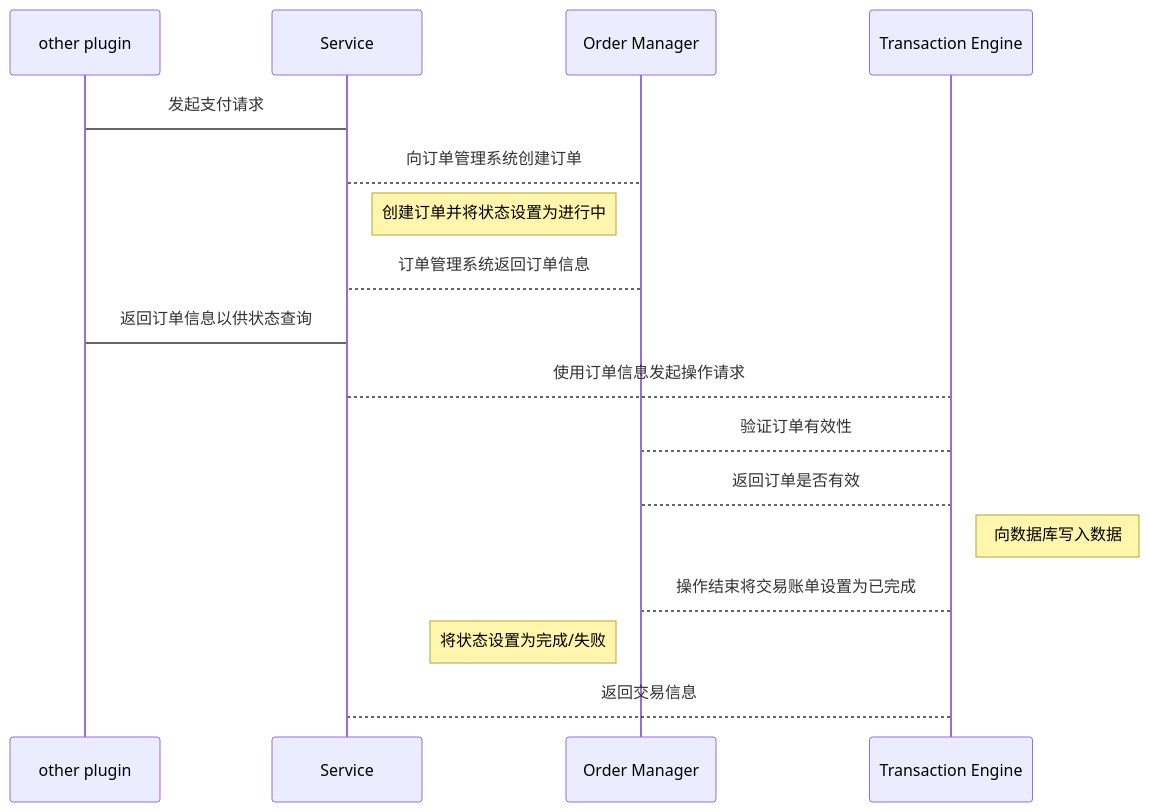
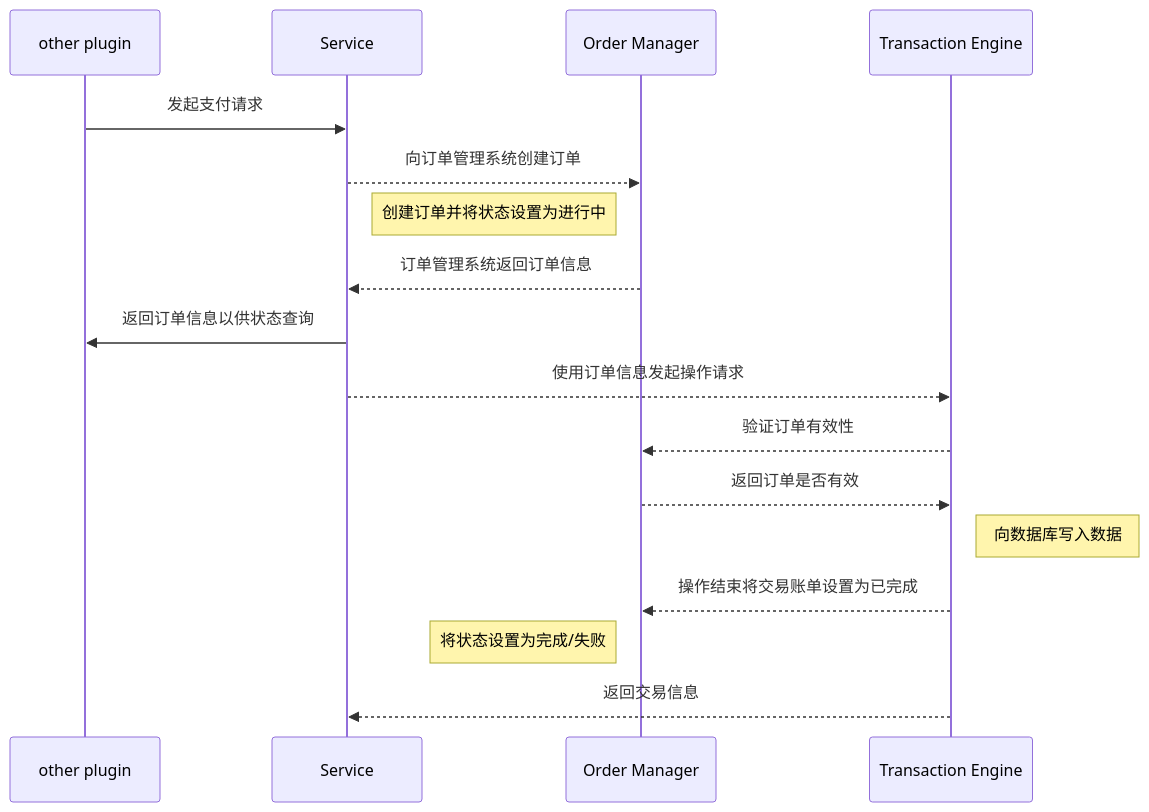
The diagram in readme.md (DMB-codegang/koishi-plugin-PointMint), drawn with Mermaid before and after one commit.

Commit message:
Update sequence diagram syntax in readme.md

````diff
--- a/readme.md
+++ b/readme.md
@@ -24,20 +24,20 @@
 ```mermaid
 sequenceDiagram
 	participant C as other plugin
 	participant S as Service
 	participant order as Order Manager
 	participant trans as Transaction Engine
 
-	C->S: 发起支付请求
-	S-->order:向订单管理系统创建订单
+	C->>S: 发起支付请求
+	S-->>order:向订单管理系统创建订单
 	Note left of order:创建订单并将状态设置为进行中
-	order-->S:订单管理系统返回订单信息
-	S->C:返回订单信息以供状态查询
-	S-->trans:使用订单信息发起操作请求
-	trans-->order:验证订单有效性
-	order-->trans:返回订单是否有效
+	order-->>S:订单管理系统返回订单信息
+	S->>C:返回订单信息以供状态查询
+	S-->>trans:使用订单信息发起操作请求
+	trans-->>order:验证订单有效性
+	order-->>trans:返回订单是否有效
 	Note right of trans:向数据库写入数据
-	trans-->order:操作结束将交易账单设置为已完成
+	trans-->>order:操作结束将交易账单设置为已完成
 	Note left of order:将状态设置为完成/失败
-	trans-->S:返回交易信息
+	trans-->>S:返回交易信息
 ```
````
